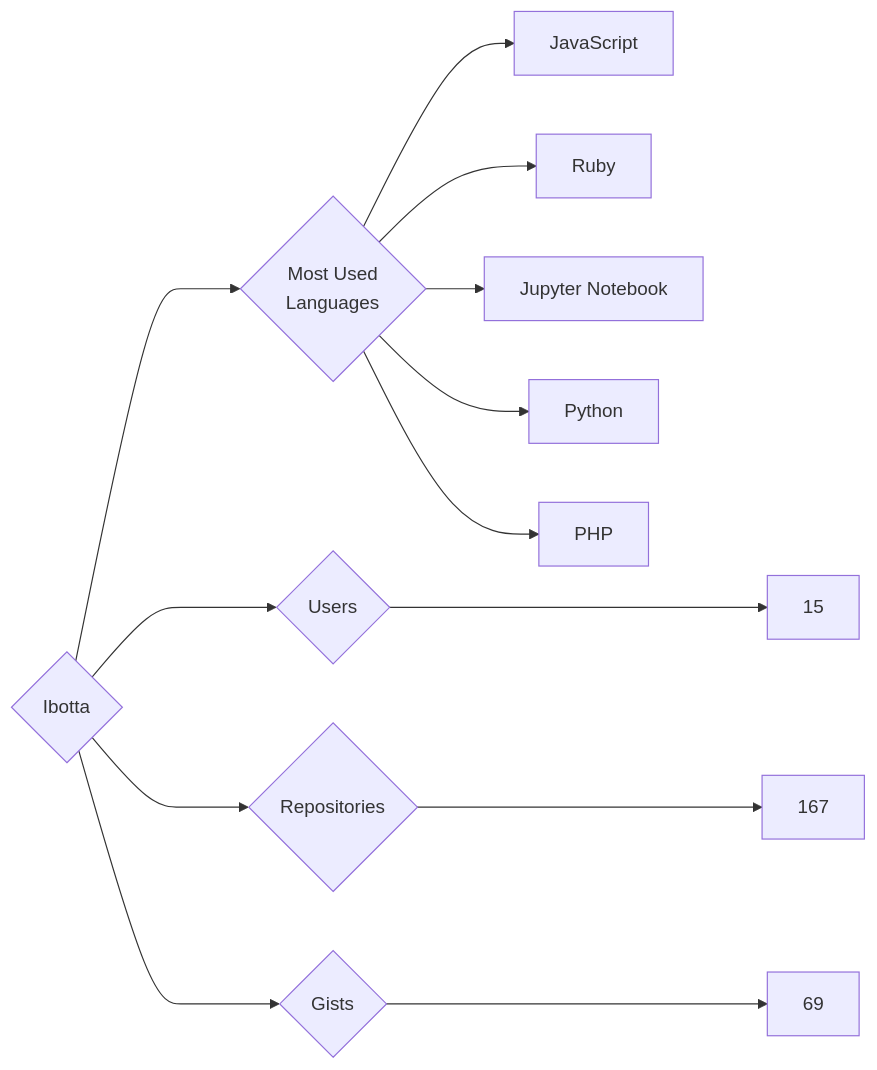
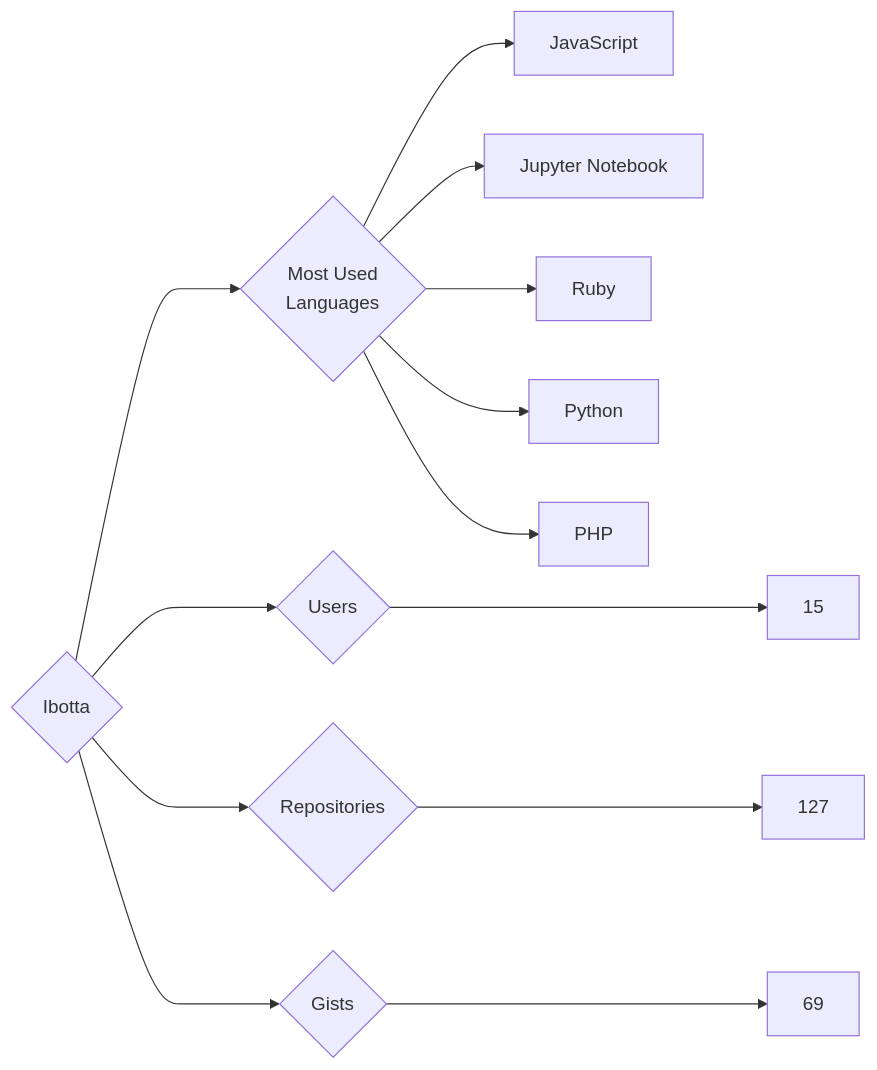
One commit to trickest/insiders changed the diagram in targets/Ibotta/README.md. Above: the diagram before and after it, drawn with Mermaid. The commit also changed 1238 other files, not shown here.

````diff
--- a/targets/Ibotta/README.md
+++ b/targets/Ibotta/README.md
@@ -3,13 +3,13 @@
 ```mermaid
 graph LR
 COMPANY_NAME{Ibotta}
 COMPANY_NAME ---> U{Users} ---> UN[15]
-COMPANY_NAME ---> R{Repositories} ---> RN[167]
+COMPANY_NAME ---> R{Repositories} ---> RN[127]
 COMPANY_NAME ---> G{Gists} ---> GN[69]
 COMPANY_NAME ---> ML{Most Used<br>Languages}
 ML --> JavaScript[JavaScript]
+ML --> Jupyter_Notebook[Jupyter Notebook]
 ML --> Ruby[Ruby]
-ML --> Jupyter_Notebook[Jupyter Notebook]
 ML --> Python[Python]
 ML --> PHP[PHP]
 ```
````
